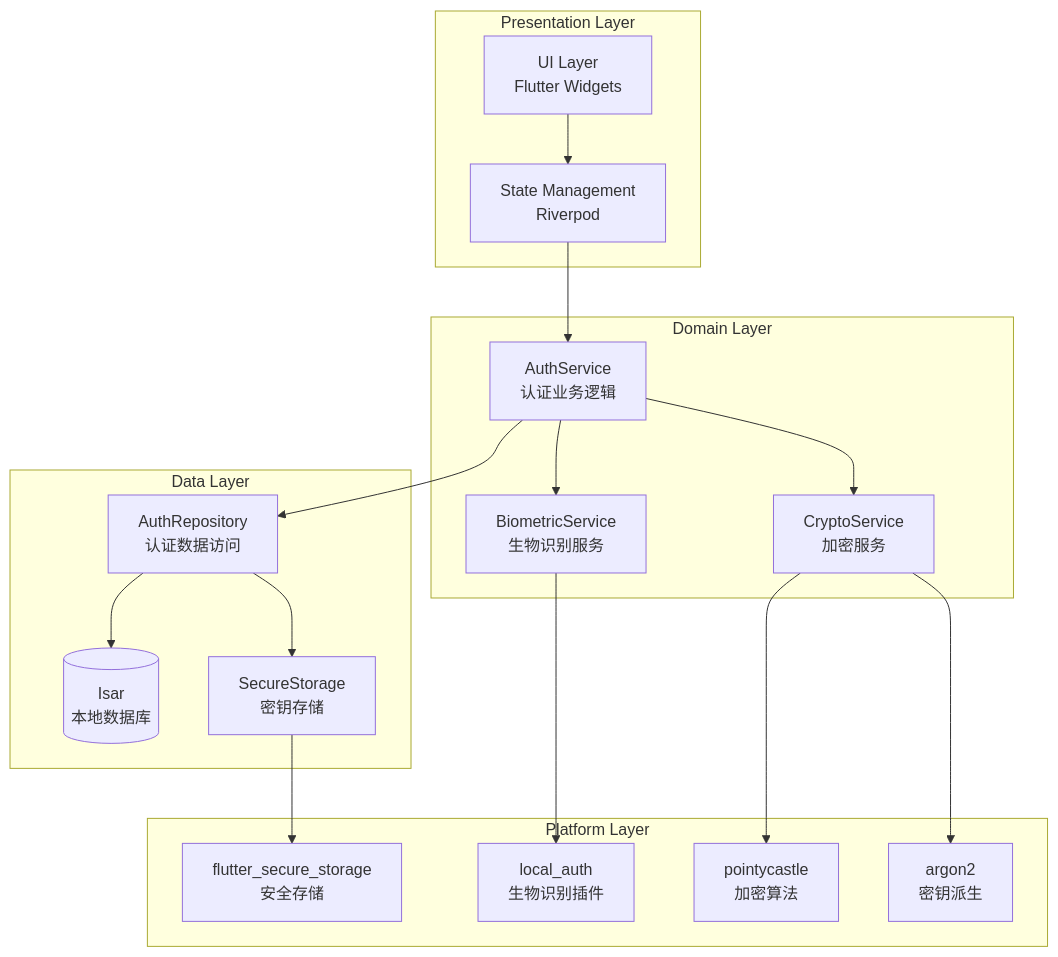
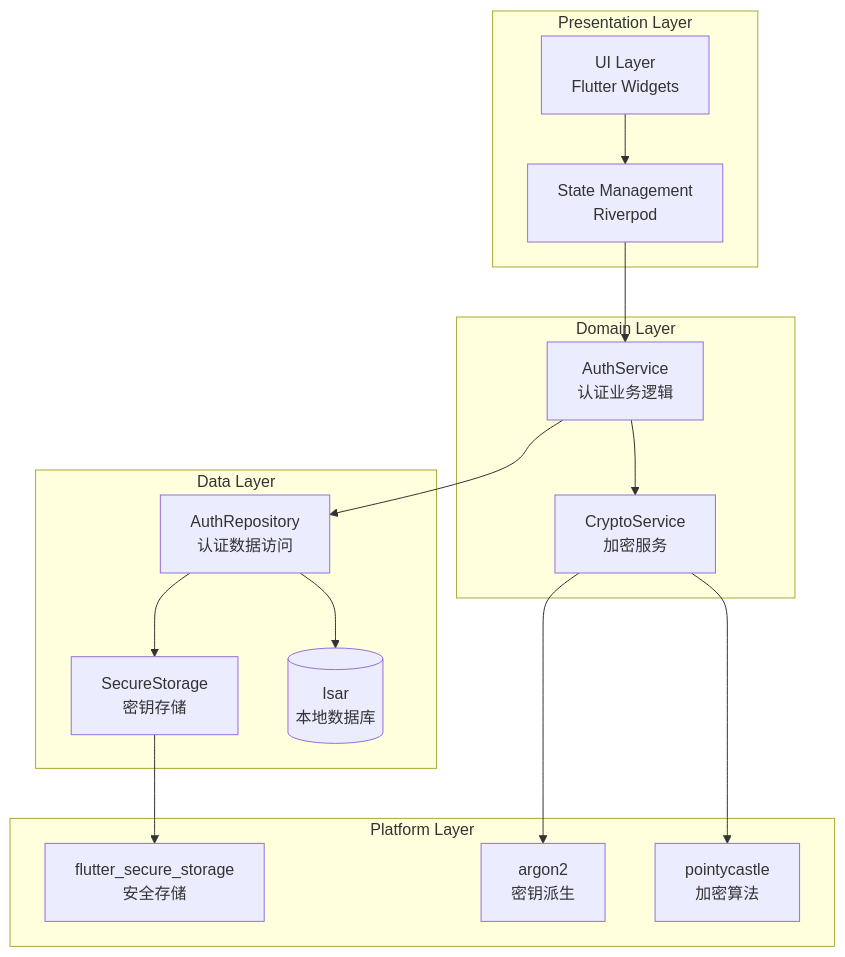
One commit to morning-start/vaultly changed the first of 5 diagrams in wiki/架构文档/用户认证架构.md. Above: the diagram before and after it, drawn with Mermaid. The commit also changed other lines of this file and 20 other files, not shown here.

````diff
--- a/wiki/架构文档/用户认证架构.md
+++ b/wiki/架构文档/用户认证架构.md
@@ -11,38 +11,34 @@
 ```mermaid
 graph TB
     subgraph "Presentation Layer"
         UI[UI Layer<br/>Flutter Widgets]
         State[State Management<br/>Riverpod]
     end
     
     subgraph "Domain Layer"
         AuthService[AuthService<br/>认证业务逻辑]
         CryptoService[CryptoService<br/>加密服务]
-        BiometricService[BiometricService<br/>生物识别服务]
     end
     
     subgraph "Data Layer"
         AuthRepo[AuthRepository<br/>认证数据访问]
         Keychain[SecureStorage<br/>密钥存储]
         Isar[(Isar<br/>本地数据库)]
     end
     
     subgraph "Platform Layer"
-        LocalAuth[local_auth<br/>生物识别插件]
         SecureStorage[flutter_secure_storage<br/>安全存储]
         Argon2[argon2<br/>密钥派生]
         PointCastle[pointycastle<br/>加密算法]
     end
     
     UI --> State
     State --> AuthService
     AuthService --> CryptoService
-    AuthService --> BiometricService
     AuthService --> AuthRepo
     AuthRepo --> Keychain
     AuthRepo --> Isar
-    BiometricService --> LocalAuth
     Keychain --> SecureStorage
     CryptoService --> Argon2
     CryptoService --> PointCastle
 ```
````
